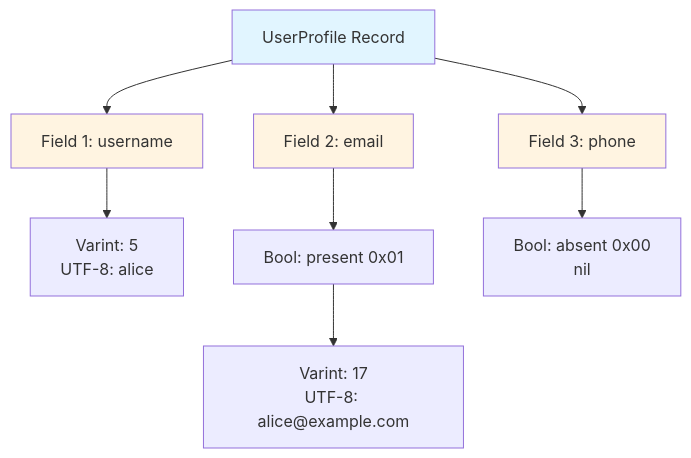
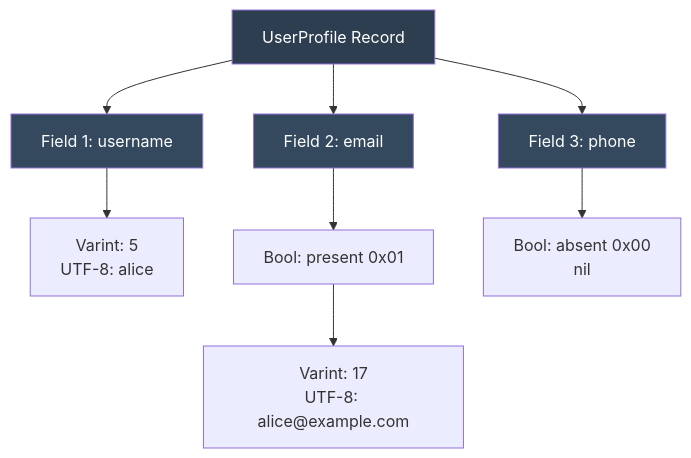
The second of 2 diagrams in Docs/ProtocolExamples.md (Mikedan37/BlazeBinary), drawn with Mermaid before and after one commit. The commit also changed other lines of this file and 11 other files, not shown here.

First line of the commit message:
Improve Mermaid diagrams and code display formatting

````diff
--- a/Docs/ProtocolExamples.md
+++ b/Docs/ProtocolExamples.md
@@ -309,16 +309,16 @@
 ```mermaid
 graph TD
     A[UserProfile Record] --> B[Field 1: username]
     A --> C[Field 2: email]
     A --> D[Field 3: phone]
     
     B --> B1[Varint: 5<br/>UTF-8: alice]
     C --> C1[Bool: present 0x01]
     C1 --> C2[Varint: 17<br/>UTF-8: alice@example.com]
     D --> D1[Bool: absent 0x00<br/>nil]
     
-    style A fill:#e1f5ff
-    style B fill:#fff4e1
-    style C fill:#fff4e1
-    style D fill:#fff4e1
+    style A fill:#2c3e50,color:#ffffff
+    style B fill:#34495e,color:#ffffff
+    style C fill:#34495e,color:#ffffff
+    style D fill:#34495e,color:#ffffff
 ```
````
